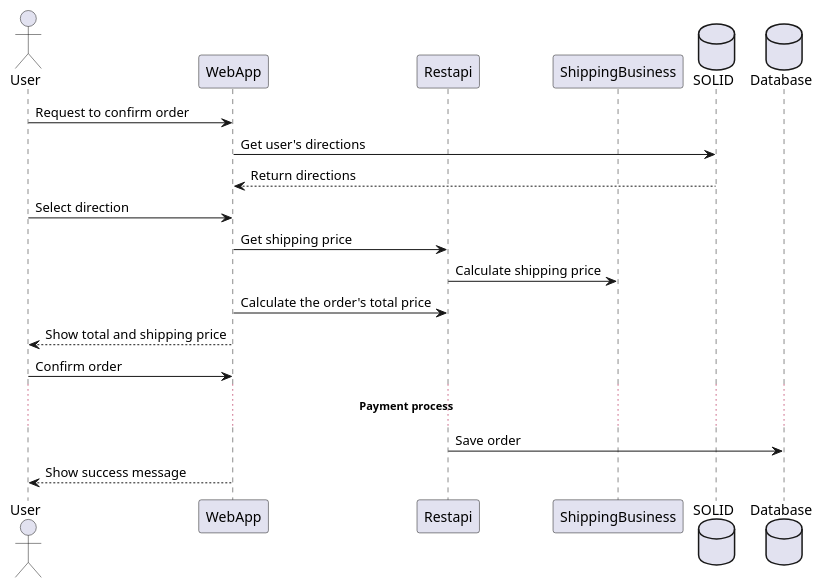
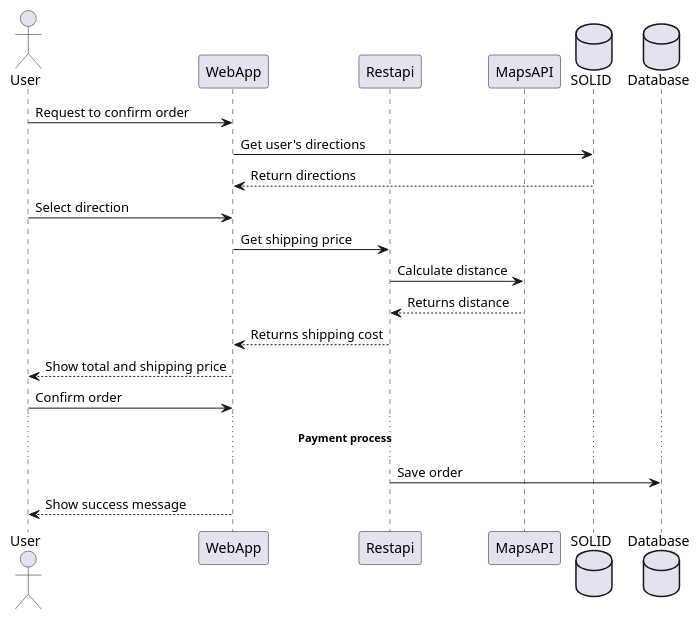
The sixth of 6 diagrams in docs/06_runtime_view.adoc (Arquisoft/dede_es5a), drawn with PlantUML before and after one commit. The commit also changed 6 other files, not shown here.

```diff
--- a/docs/06_runtime_view.adoc
+++ b/docs/06_runtime_view.adoc
@@ -156,23 +156,24 @@
 [plantuml,"Sequence diagram_Register_sale_event",png]
 ----
 @startuml
 actor User
 participant WebApp
 participant Restapi
-participant ShippingBusiness
+participant MapsAPI
 database SOLID
 database Database
 User -> WebApp: Request to confirm order
 WebApp -> SOLID: Get user's directions
 WebApp <-- SOLID: Return directions
 User -> WebApp: Select direction
 WebApp -> Restapi: Get shipping price
-Restapi -> ShippingBusiness: Calculate shipping price
-WebApp -> Restapi: Calculate the order's total price
+Restapi -> MapsAPI: Calculate distance
+Restapi <-- MapsAPI: Returns distance
+WebApp <-- Restapi: Returns shipping cost
 User <-- WebApp: Show total and shipping price
 User -> WebApp: Confirm order
 ... **Payment process** ...
 Restapi -> Database: Save order
 WebApp --> User: Show success message
 @enduml
 ----
```
